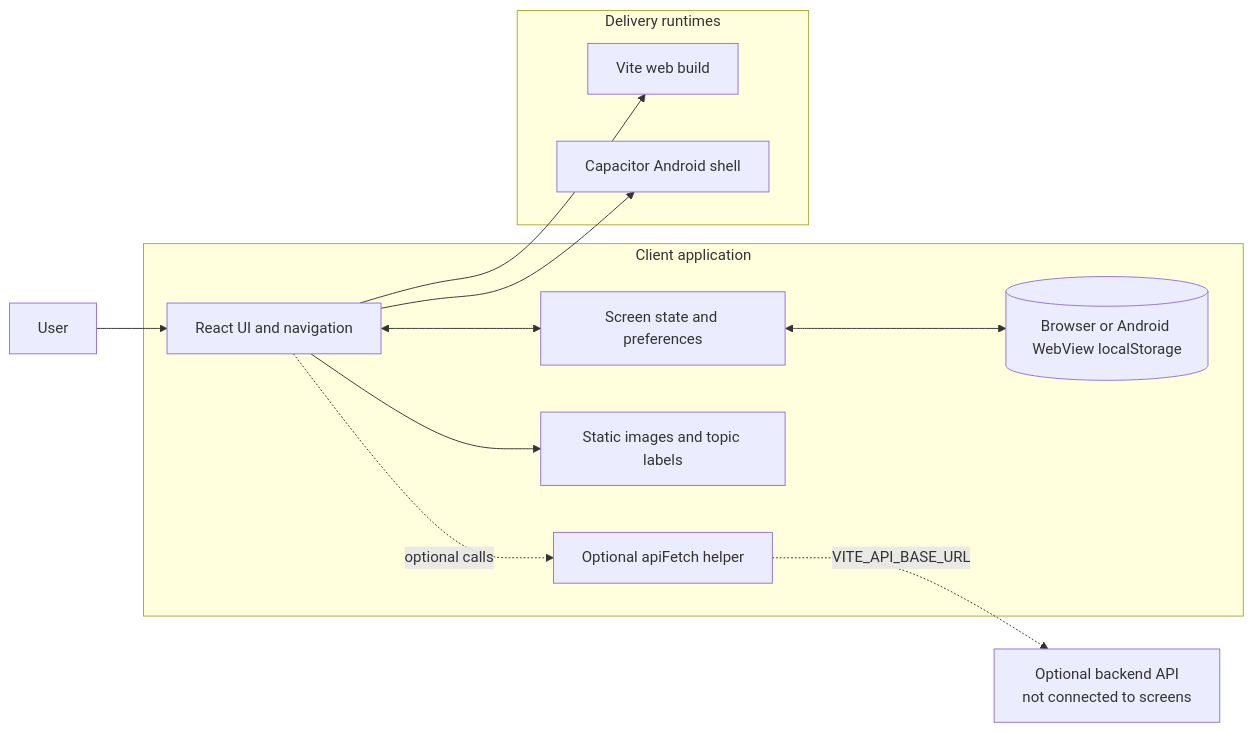
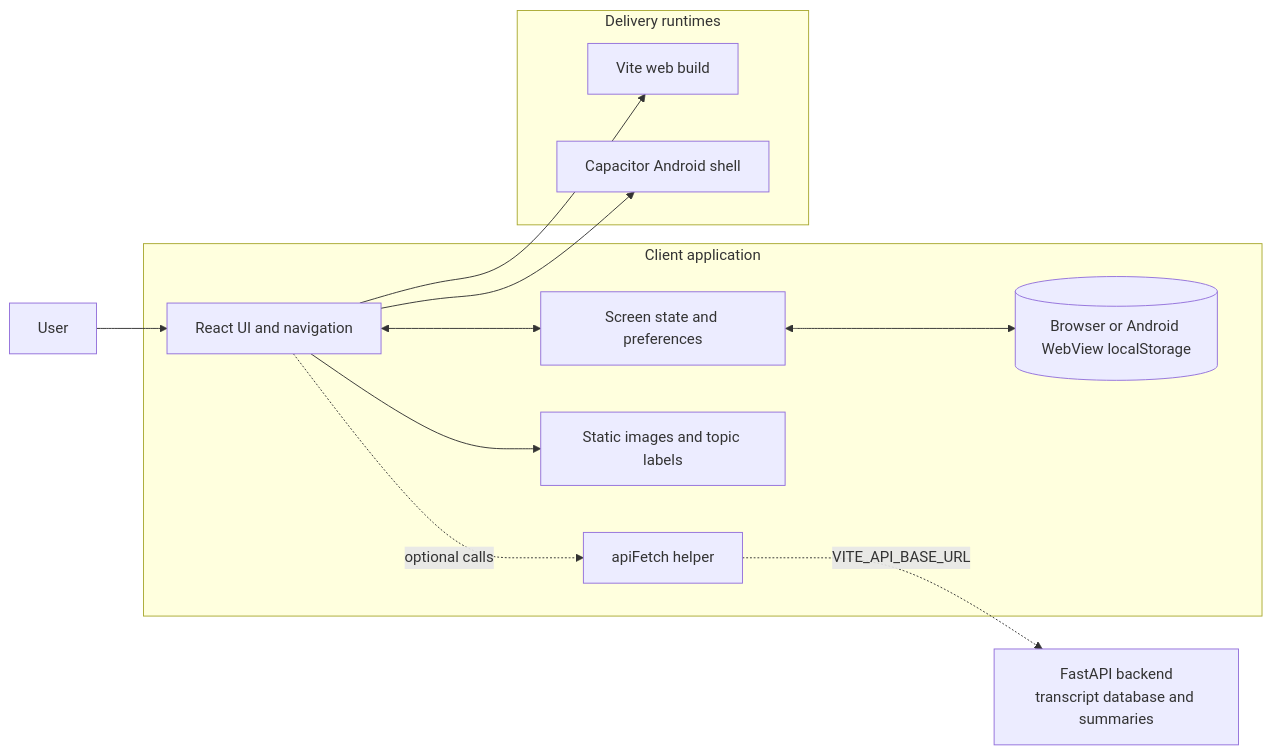
The first of 3 diagrams in ARCHITECTURE.md (P-M-Manmohan/legislative_reporter), drawn with Mermaid before and after one commit. The commit also changed other lines of this file and 10 other files, not shown here.

````diff
--- a/ARCHITECTURE.md
+++ b/ARCHITECTURE.md
@@ -7,25 +7,25 @@
 ```mermaid
 flowchart LR
     Person[User]
     subgraph Client[Client application]
         React[React UI and navigation]
         State[Screen state and preferences]
         Storage[(Browser or Android WebView localStorage)]
         Assets[Static images and topic labels]
-        Fetch[Optional apiFetch helper]
+        Fetch[apiFetch helper]
     end
     subgraph Runtime[Delivery runtimes]
         Web[Vite web build]
         Android[Capacitor Android shell]
     end
-    Backend[Optional backend API<br/>not connected to screens]
+    Backend[FastAPI backend<br/>transcript database and summaries]
 
     Person --> React
     React <--> State
     State <--> Storage
     React --> Assets
     React -. optional calls .-> Fetch
     Fetch -. VITE_API_BASE_URL .-> Backend
     React --> Web
     React --> Android
 ```
````
